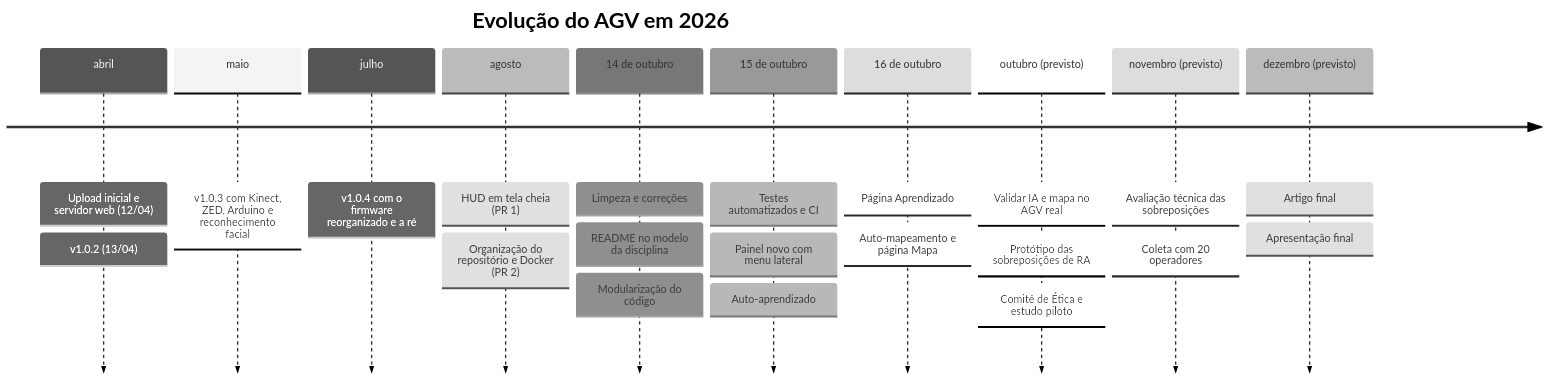
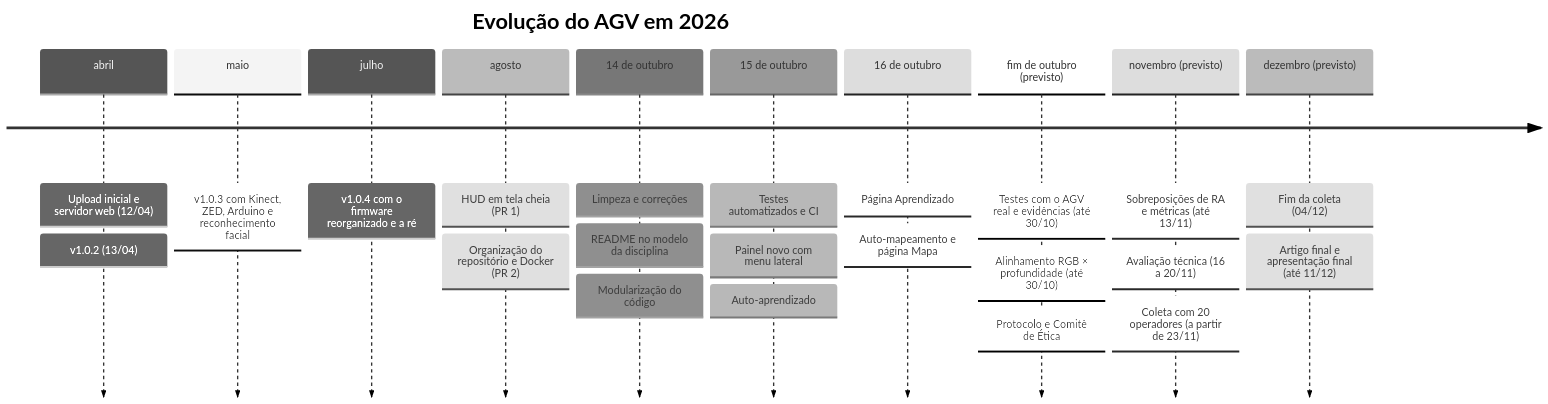
One commit to Kauan-V-Marques/AGV changed diagram 21 of 22 in README.md. Above: the diagram before and after it, drawn with Mermaid (neutral theme). The commit also changed other lines of this file and 1 other file, not shown here.

Commit message:
docs: cronograma tecnico com as datas previstas e os responsaveis do quadro de tarefas

````diff
--- a/README.md
+++ b/README.md
@@ -1513,14 +1513,14 @@
 ```mermaid
 timeline
     title Evolução do AGV em 2026
     abril : Upload inicial e servidor web (12/04) : v1.0.2 (13/04)
     maio : v1.0.3 com Kinect, ZED, Arduino e reconhecimento facial
     julho : v1.0.4 com o firmware reorganizado e a ré
     agosto : HUD em tela cheia (PR 1) : Organização do repositório e Docker (PR 2)
     14 de outubro : Limpeza e correções : README no modelo da disciplina : Modularização do código
     15 de outubro : Testes automatizados e CI : Painel novo com menu lateral : Auto-aprendizado
     16 de outubro : Página Aprendizado : Auto-mapeamento e página Mapa
-    outubro (previsto) : Validar IA e mapa no AGV real : Protótipo das sobreposições de RA : Comitê de Ética e estudo piloto
-    novembro (previsto) : Avaliação técnica das sobreposições : Coleta com 20 operadores
-    dezembro (previsto) : Artigo final : Apresentação final
+    fim de outubro (previsto) : Testes com o AGV real e evidências (até 30/10) : Alinhamento RGB × profundidade (até 30/10) : Protocolo e Comitê de Ética
+    novembro (previsto) : Sobreposições de RA e métricas (até 13/11) : Avaliação técnica (16 a 20/11) : Coleta com 20 operadores (a partir de 23/11)
+    dezembro (previsto) : Fim da coleta (04/12) : Artigo final e apresentação final (até 11/12)
 ```
````
